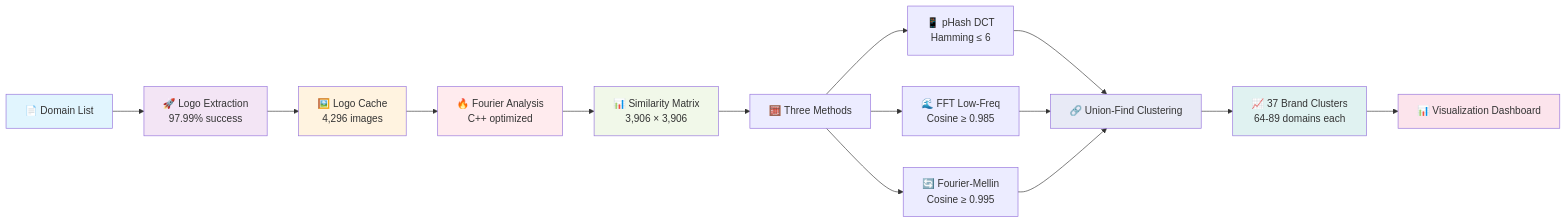
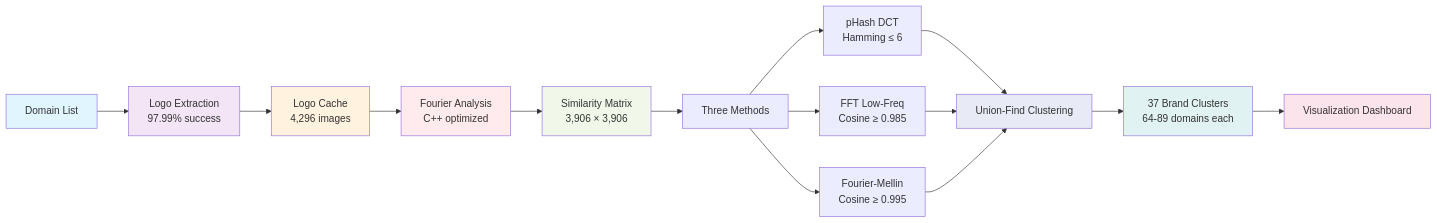
One commit to dirgnic/LogoMatcher changed the second of 2 diagrams in README.md. Above: the diagram before and after it, drawn with Mermaid. The commit also changed other lines of this file and 85 other files, not shown here.

````diff
--- a/README.md
+++ b/README.md
@@ -83,29 +83,29 @@
 ```mermaid
 graph LR
-    A[📄 Domain List] --> B[🚀 Logo Extraction<br/>97.99% success]
-    B --> C[🖼️ Logo Cache<br/>4,296 images]
-    C --> D[🔥 Fourier Analysis<br/>C++ optimized]
+    A[ Domain List] --> B[ Logo Extraction<br/>97.99% success]
+    B --> C[ Logo Cache<br/>4,296 images]
+    C --> D[ Fourier Analysis<br/>C++ optimized]
     
-    D --> E[📊 Similarity Matrix<br/>3,906 × 3,906]
-    E --> F[🧮 Three Methods]
+    D --> E[ Similarity Matrix<br/>3,906 × 3,906]
+    E --> F[ Three Methods]
     
-    F --> G[📱 pHash DCT<br/>Hamming ≤ 6]
-    F --> H[🌊 FFT Low-Freq<br/>Cosine ≥ 0.985]  
-    F --> I[🔄 Fourier-Mellin<br/>Cosine ≥ 0.995]
+    F --> G[ pHash DCT<br/>Hamming ≤ 6]
+    F --> H[ FFT Low-Freq<br/>Cosine ≥ 0.985]  
+    F --> I[ Fourier-Mellin<br/>Cosine ≥ 0.995]
     
-    G --> J[🔗 Union-Find Clustering]
+    G --> J[ Union-Find Clustering]
     H --> J
     I --> J
     
-    J --> K[📈 37 Brand Clusters<br/>64-89 domains each]
-    K --> L[📊 Visualization Dashboard]
+    J --> K[ 37 Brand Clusters<br/>64-89 domains each]
+    K --> L[ Visualization Dashboard]
     
     style A fill:#e1f5fe
     style B fill:#f3e5f5
     style C fill:#fff3e0
     style D fill:#ffebee
     style E fill:#f1f8e9
     style J fill:#e8eaf6
     style K fill:#e0f2f1
     style L fill:#fce4ec
 ```
````
